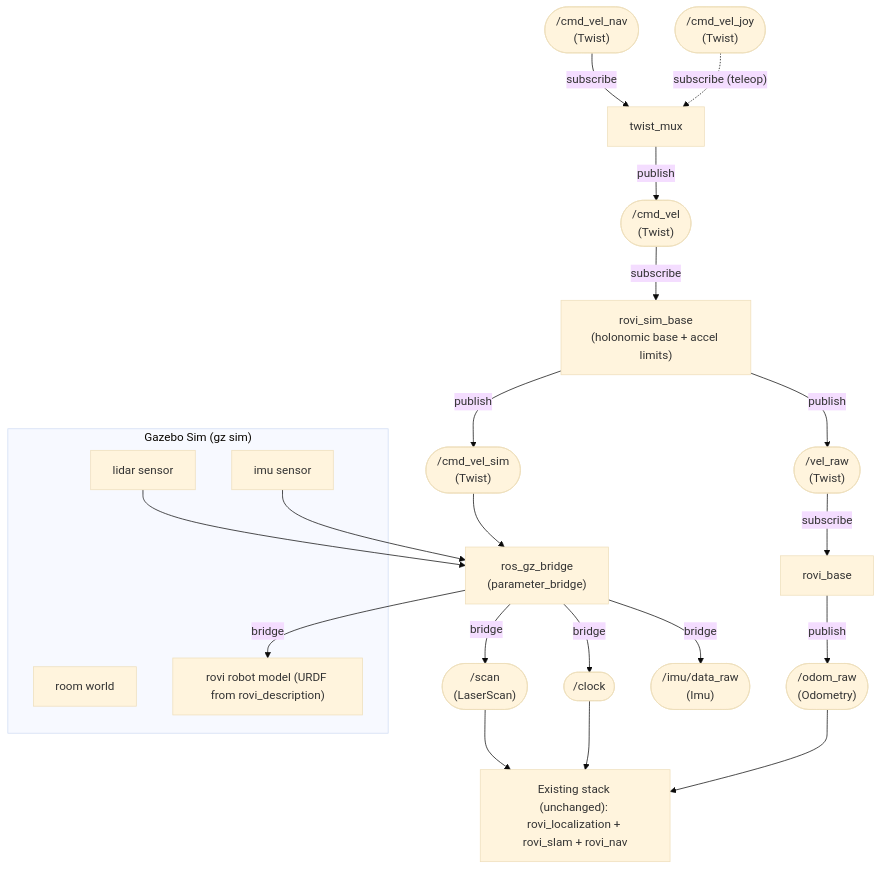
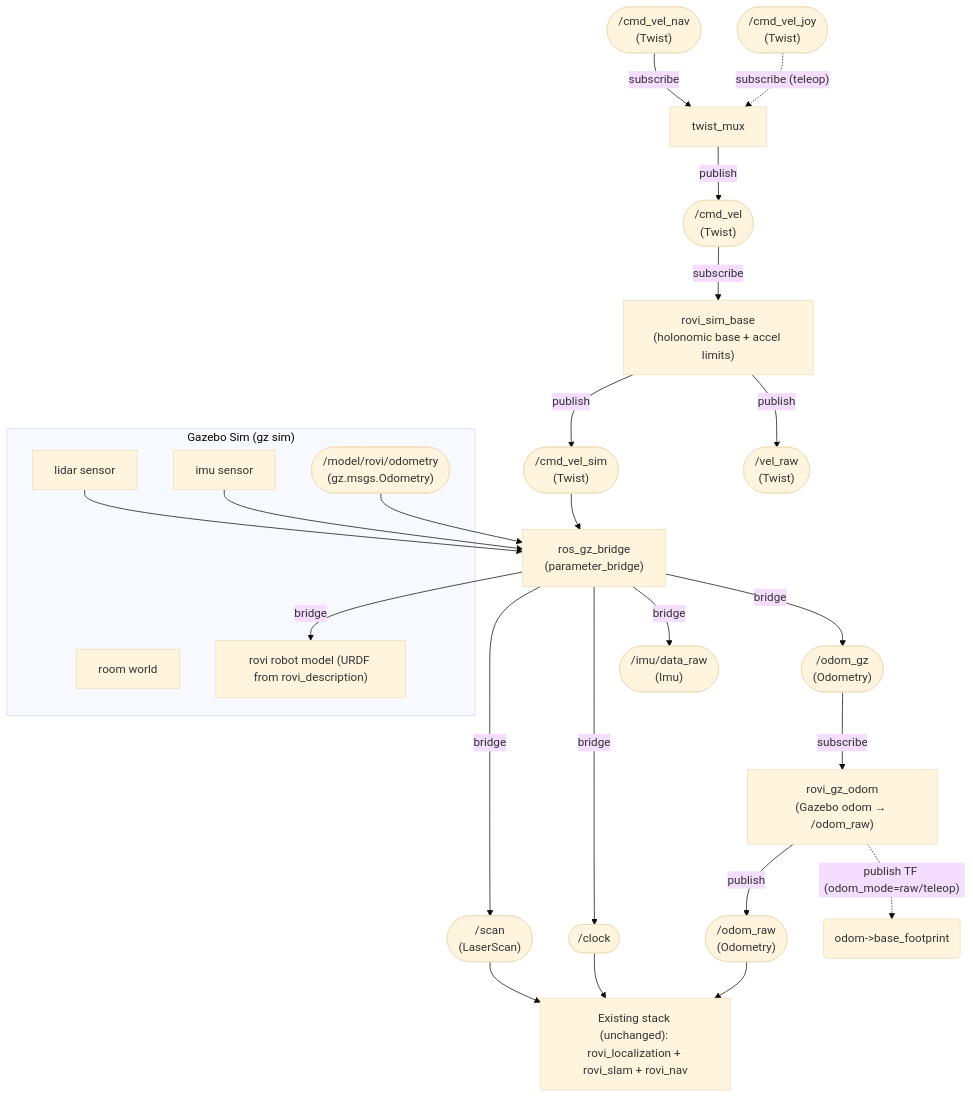
One commit to Roblibs/rovi_ros_ws changed the eighth of 12 diagrams in README.md. Above: the diagram before and after it, drawn with Mermaid (base theme). The commit also changed other lines of this file and 7 other files, not shown here.

````diff
--- a/README.md
+++ b/README.md
@@ -427,49 +427,55 @@
 ```mermaid
 flowchart TD
   CMD_NAV(["/cmd_vel_nav<br/>(Twist)"])
   CMD_JOY(["/cmd_vel_joy<br/>(Twist)"])
   CMD(["/cmd_vel<br/>(Twist)"])
 
   TwistMux["twist_mux"]
   CMD_NAV -->|subscribe| TwistMux
   CMD_JOY -.->|"subscribe (teleop)"| TwistMux
   TwistMux -->|publish| CMD
 
   RoviSimBase["rovi_sim_base<br/>(holonomic base + accel limits)"]
   CMD -->|subscribe| RoviSimBase
   CMD_SIM(["/cmd_vel_sim<br/>(Twist)"])
   VRAW(["/vel_raw<br/>(Twist)"])
   RoviSimBase -->|publish| CMD_SIM
   RoviSimBase -->|publish| VRAW
 
-  RoviBase["rovi_base"]
-  VRAW -->|subscribe| RoviBase
   ODRAW(["/odom_raw<br/>(Odometry)"])
-  RoviBase -->|publish| ODRAW
 
   subgraph GZ["Gazebo Sim (gz sim)"]
     WORLD["room world"]
     ROBOT["rovi robot model (URDF from rovi_description)"]
     LIDAR["lidar sensor"]
     IMU_GZ["imu sensor"]
+    ODOM_GZ(["/model/rovi/odometry<br/>(gz.msgs.Odometry)"])
   end
 
   BRIDGE["ros_gz_bridge<br/>(parameter_bridge)"]
 
   CMD_SIM --> BRIDGE
   BRIDGE -->|bridge| ROBOT
   LIDAR --> BRIDGE
   IMU_GZ --> BRIDGE
+  ODOM_GZ --> BRIDGE
 
   SCAN(["/scan<br/>(LaserScan)"])
   CLOCK(["/clock"])
   IMU_RAW(["/imu/data_raw<br/>(Imu)"])
+  ODOM_BRIDGED(["/odom_gz<br/>(Odometry)"])
   BRIDGE -->|bridge| SCAN
   BRIDGE -->|bridge| CLOCK
   BRIDGE -->|bridge| IMU_RAW
+  BRIDGE -->|bridge| ODOM_BRIDGED
+
+  RoviGzOdom["rovi_gz_odom<br/>(Gazebo odom → /odom_raw)"]
+  ODOM_BRIDGED -->|subscribe| RoviGzOdom
+  RoviGzOdom -->|publish| ODRAW
+  RoviGzOdom -.->|"publish TF (odom_mode=raw/teleop)"| TF_ODOM_BASE("odom->base_footprint")
 
   EXISTING["Existing stack (unchanged): rovi_localization + rovi_slam + rovi_nav"]
   ODRAW --> EXISTING
   SCAN --> EXISTING
   CLOCK --> EXISTING
 ```
````
